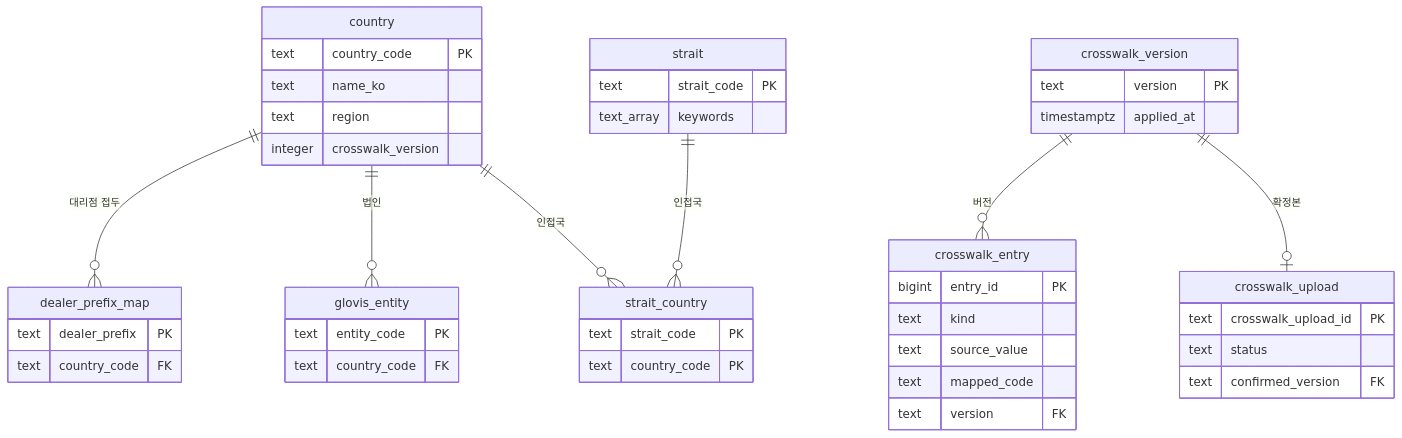
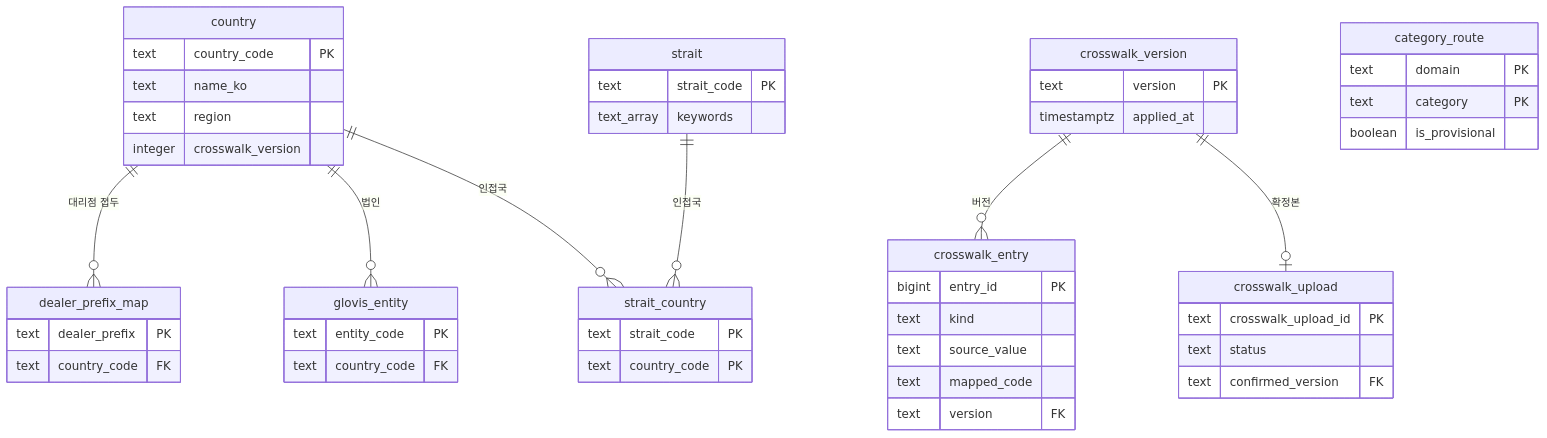
Before and after one commit to HoyoungParkme/tableau_platform: the fourth of 7 diagrams in docs/specs/06-DOM/TBL-DOM-006.md, drawn with Mermaid. The commit also changed other lines of this file, not shown here.

Commit message:
#27 재결정 반영(2026-09-30, 유저 결정 '08 시트 적용, FVL은 판매·재고'): master.category_route 신설과 초기 행 열한 줄(자사 크로스워크 08 시트 아홉 + FVL 임시 둘), 판정 경로 인덱스 줄, 미결 하나. 생성 DDL 테이블 45·컬럼 518·CHECK 57. 저장소 사본과 같다(커밋 e9a8f2d).

````diff
--- a/docs/specs/06-DOM/TBL-DOM-006.md
+++ b/docs/specs/06-DOM/TBL-DOM-006.md
@@ -181,47 +181,52 @@
 ```mermaid
 erDiagram
   country {
     text country_code PK
     text name_ko
     text region
     integer crosswalk_version
   }
   dealer_prefix_map {
     text dealer_prefix PK
     text country_code FK
   }
   crosswalk_entry {
     bigint entry_id PK
     text kind
     text source_value
     text mapped_code
     text version FK
   }
   crosswalk_version {
     text version PK
     timestamptz applied_at
   }
   crosswalk_upload {
     text crosswalk_upload_id PK
     text status
     text confirmed_version FK
   }
   strait {
     text strait_code PK
     text_array keywords
   }
   strait_country {
     text strait_code PK
     text country_code PK
   }
   glovis_entity {
     text entity_code PK
     text country_code FK
   }
+  category_route {
+    text domain PK
+    text category PK
+    boolean is_provisional
+  }
   country ||--o{ dealer_prefix_map : "대리점 접두"
   country ||--o{ glovis_entity : "법인"
   country ||--o{ strait_country : "인접국"
   strait ||--o{ strait_country : "인접국"
   crosswalk_version ||--o{ crosswalk_entry : "버전"
   crosswalk_version ||--o| crosswalk_upload : "확정본"
 ```
````
